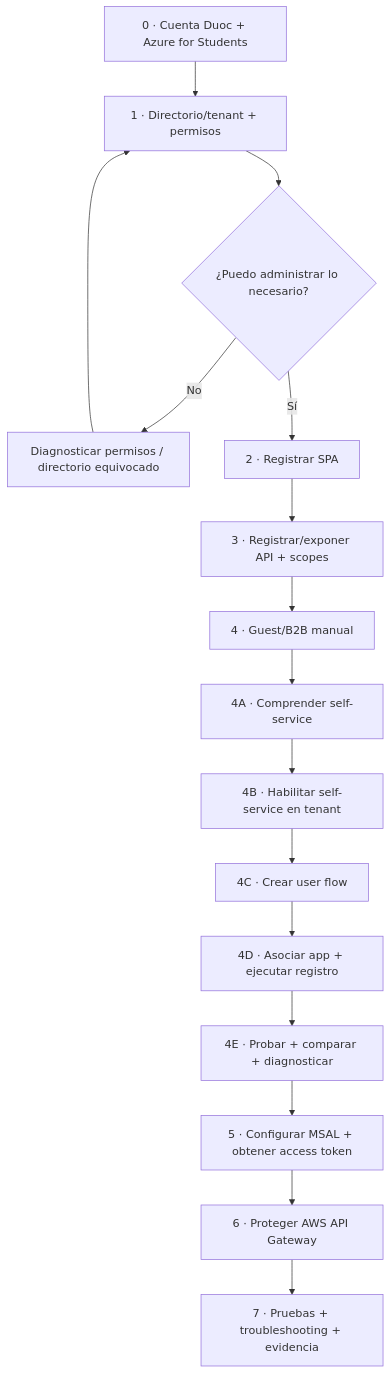
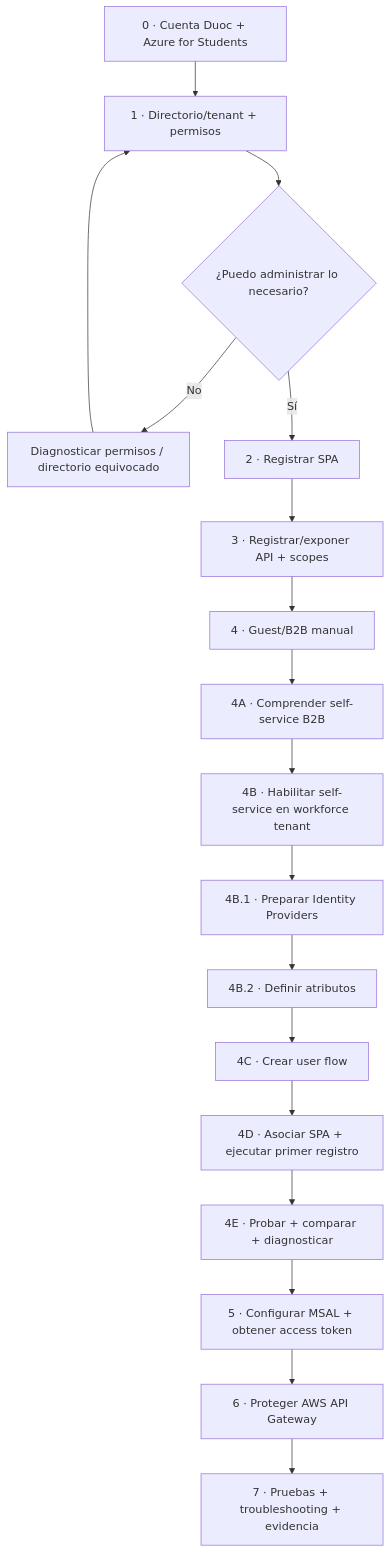
One commit to cmartinezs/DSY1107-DESARROLLO-CLOUD-NATIVE-I-2026-2 changed the second of 5 diagrams in docs/identity/entra-guia-completa/README.md. Above: the diagram before and after it, drawn with Mermaid. The commit also changed other lines of this file, not shown here.

Commit message:
docs(identity): extend self-service route and navigation

````diff
--- a/docs/identity/entra-guia-completa/README.md
+++ b/docs/identity/entra-guia-completa/README.md
@@ -11,18 +29,20 @@
 ```mermaid
 flowchart TD
     A[0 · Cuenta Duoc + Azure for Students] --> B[1 · Directorio/tenant + permisos]
     B --> C{¿Puedo administrar lo necesario?}
     C -- No --> FIX[Diagnosticar permisos / directorio equivocado]
     FIX --> B
     C -- Sí --> D[2 · Registrar SPA]
     D --> E[3 · Registrar/exponer API + scopes]
     E --> F[4 · Guest/B2B manual]
-    F --> A1[4A · Comprender self-service]
-    A1 --> A2[4B · Habilitar self-service en tenant]
-    A2 --> A3[4C · Crear user flow]
-    A3 --> A4[4D · Asociar app + ejecutar registro]
+    F --> A1[4A · Comprender self-service B2B]
+    A1 --> A2[4B · Habilitar self-service en workforce tenant]
+    A2 --> A21[4B.1 · Preparar Identity Providers]
+    A21 --> A22[4B.2 · Definir atributos]
+    A22 --> A3[4C · Crear user flow]
+    A3 --> A4[4D · Asociar SPA + ejecutar primer registro]
     A4 --> A5[4E · Probar + comparar + diagnosticar]
     A5 --> G[5 · Configurar MSAL + obtener access token]
     G --> H[6 · Proteger AWS API Gateway]
     H --> I[7 · Pruebas + troubleshooting + evidencia]
 ```
````
